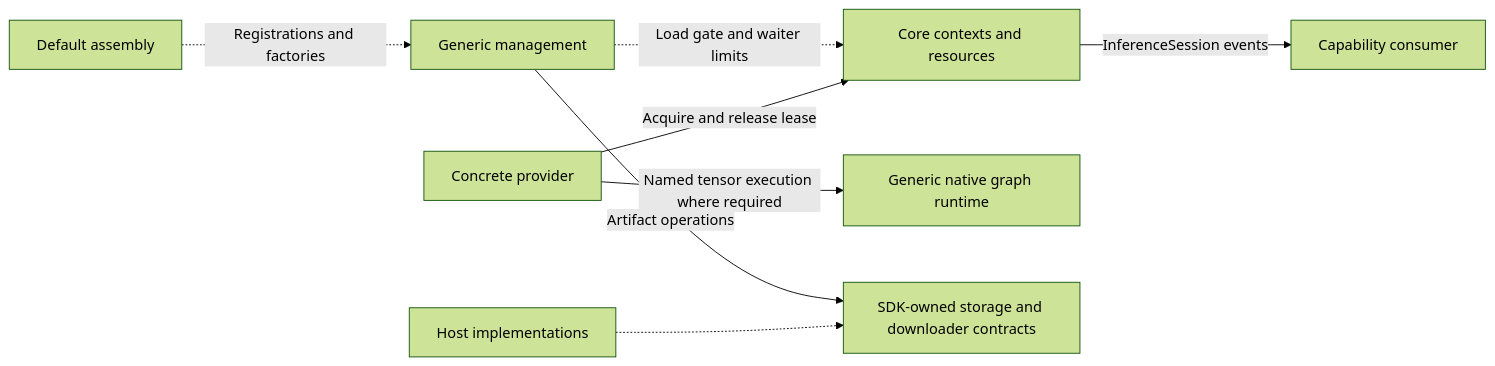
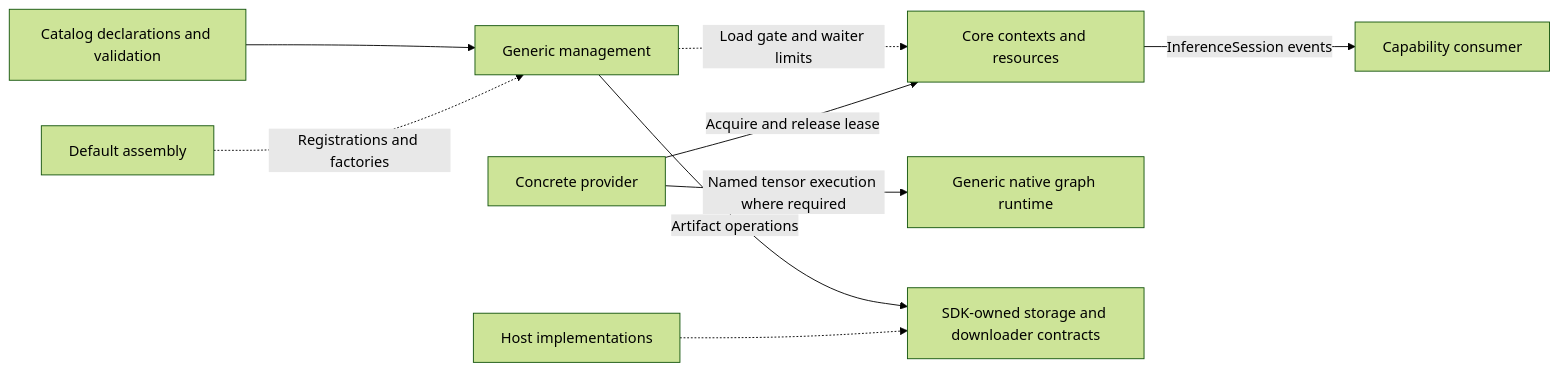
The diagram in MobileHarness/ModelKit/Support/README.md (devilyouwei/MobileHarness), drawn with Mermaid (forest theme) before and after one commit. The commit also changed other lines of this file and 123 other files, not shown here.

````diff
--- a/MobileHarness/ModelKit/Support/README.md
+++ b/MobileHarness/ModelKit/Support/README.md
@@ -27,10 +28,11 @@
 ```mermaid
 flowchart LR
+ Config[Catalog declarations and validation] --> Runtime
  Assembly[Default assembly] -.->|Registrations and factories| Runtime[Generic management]
  Runtime -.->|Load gate and waiter limits| Core[Core contexts and resources]
  Provider[Concrete provider] -->|Acquire and release lease| Core
  Provider -->|Named tensor execution where required| Backend[Generic native graph runtime]
  Core -->|InferenceSession events| Consumer[Capability consumer]
  Runtime -->|Artifact operations| Contracts[SDK-owned storage and downloader contracts]
  Host[Host implementations] -.-> Contracts
 ```
````
